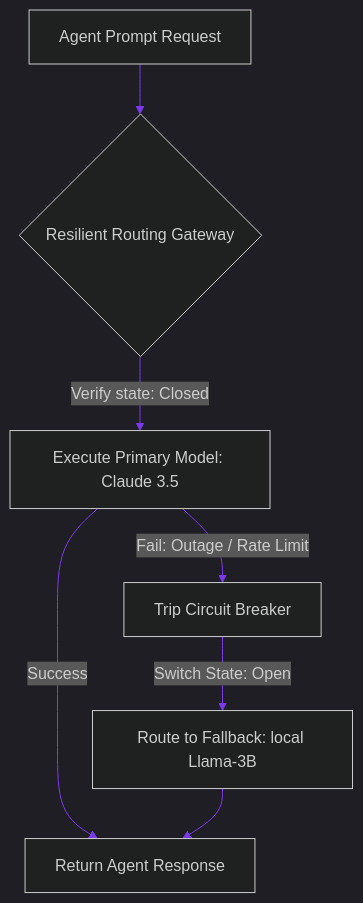
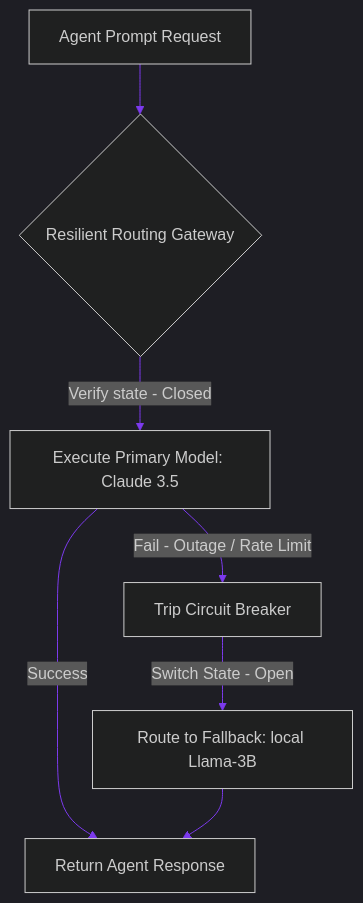
Before and after one commit to akmalkhaniub/akmalkhaniub.github.io: the diagram in blog/posts/routing-topology-litellm-routellm-optimizers.md, drawn with Mermaid. The commit also changed 411 other files, not shown here.

````diff
--- a/blog/posts/routing-topology-litellm-routellm-optimizers.md
+++ b/blog/posts/routing-topology-litellm-routellm-optimizers.md
@@ -16,13 +16,13 @@
 ```mermaid
 %%{init: {'theme': 'dark', 'themeVariables': { 'primaryColor': '#7c3aed', 'primaryTextColor': '#f3f4f6', 'primaryBorderColor': '#a78bfa', 'lineColor': '#7c3aed', 'secondaryColor': '#111827', 'tertiaryColor': '#0b0f19'}}}%%
 flowchart TD
     Request[Agent Prompt Request] --> Gateway{Resilient Routing Gateway}
     
-    Gateway -->|Verify state: Closed| CallPrimary[Execute Primary Model: Claude 3.5]
+    Gateway -->|Verify state - Closed| CallPrimary[Execute Primary Model: Claude 3.5]
     
     CallPrimary -->|Success| Return[Return Agent Response]
-    CallPrimary -->|Fail: Outage / Rate Limit| Trip[Trip Circuit Breaker]
+    CallPrimary -->|Fail - Outage / Rate Limit| Trip[Trip Circuit Breaker]
     
-    Trip -->|Switch State: Open| RouteFallback[Route to Fallback: local Llama-3B]
+    Trip -->|Switch State - Open| RouteFallback[Route to Fallback: local Llama-3B]
     RouteFallback --> Return
 ```
````
